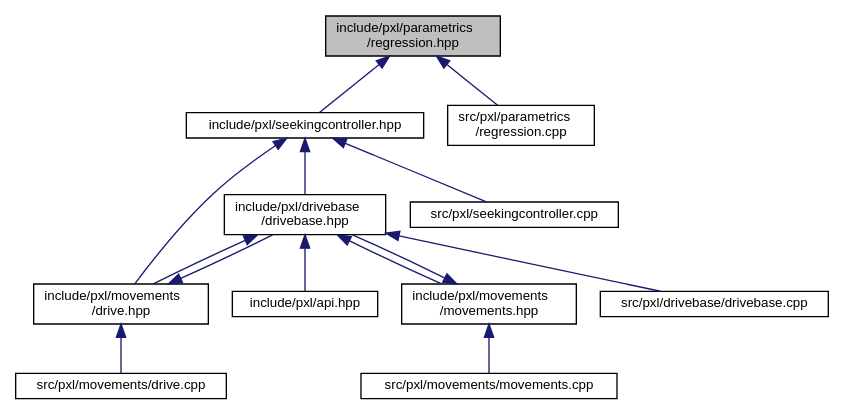
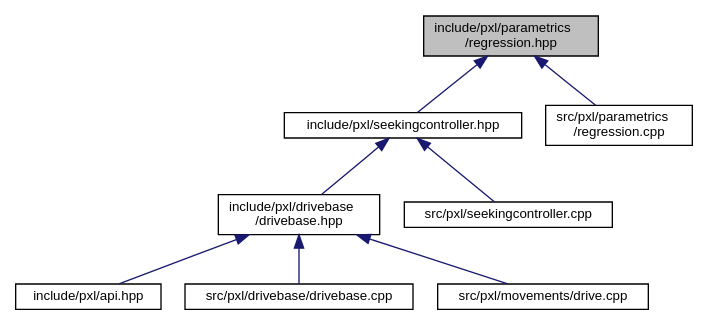
The diagram in regression_8hpp__dep__incl.dot (Pixel-Lib/Pixel), drawn with Graphviz before and after one commit. The commit also changed 176 other files, not shown here.

```diff
--- a/regression_8hpp__dep__incl.dot
+++ b/regression_8hpp__dep__incl.dot
@@ -1,30 +1,21 @@
 digraph "include/pxl/parametrics/regression.hpp"
 {
  // LATEX_PDF_SIZE
   edge [fontname="Helvetica",fontsize="10",labelfontname="Helvetica",labelfontsize="10"];
   node [fontname="Helvetica",fontsize="10",shape=record];
   Node1 [label="include/pxl/parametrics\l/regression.hpp",height=0.2,width=0.4,color="black", fillcolor="grey75", style="filled", fontcolor="black",tooltip=" "];
   Node1 -> Node2 [dir="back",color="midnightblue",fontsize="10",style="solid",fontname="Helvetica"];
   Node2 [label="include/pxl/seekingcontroller.hpp",height=0.2,width=0.4,color="black", fillcolor="white", style="filled",URL="$seekingcontroller_8hpp.html",tooltip=" "];
   Node2 -> Node3 [dir="back",color="midnightblue",fontsize="10",style="solid",fontname="Helvetica"];
   Node3 [label="include/pxl/drivebase\l/drivebase.hpp",height=0.2,width=0.4,color="black", fillcolor="white", style="filled",URL="$drivebase_8hpp.html",tooltip=" "];
   Node3 -> Node4 [dir="back",color="midnightblue",fontsize="10",style="solid",fontname="Helvetica"];
   Node4 [label="include/pxl/api.hpp",height=0.2,width=0.4,color="black", fillcolor="white", style="filled",URL="$api_8hpp.html",tooltip=" "];
   Node3 -> Node5 [dir="back",color="midnightblue",fontsize="10",style="solid",fontname="Helvetica"];
-  Node5 [label="include/pxl/movements\l/drive.hpp",height=0.2,width=0.4,color="black", fillcolor="white", style="filled",URL="$drive_8hpp.html",tooltip=" "];
-  Node5 -> Node3 [dir="back",color="midnightblue",fontsize="10",style="solid",fontname="Helvetica"];
-  Node5 -> Node6 [dir="back",color="midnightblue",fontsize="10",style="solid",fontname="Helvetica"];
+  Node5 [label="src/pxl/drivebase/drivebase.cpp",height=0.2,width=0.4,color="black", fillcolor="white", style="filled",URL="$drivebase_8cpp.html",tooltip=" "];
+  Node3 -> Node6 [dir="back",color="midnightblue",fontsize="10",style="solid",fontname="Helvetica"];
   Node6 [label="src/pxl/movements/drive.cpp",height=0.2,width=0.4,color="black", fillcolor="white", style="filled",URL="$drive_8cpp.html",tooltip=" "];
-  Node3 -> Node7 [dir="back",color="midnightblue",fontsize="10",style="solid",fontname="Helvetica"];
-  Node7 [label="include/pxl/movements\l/movements.hpp",height=0.2,width=0.4,color="black", fillcolor="white", style="filled",URL="$movements_8hpp.html",tooltip=" "];
-  Node7 -> Node3 [dir="back",color="midnightblue",fontsize="10",style="solid",fontname="Helvetica"];
-  Node7 -> Node8 [dir="back",color="midnightblue",fontsize="10",style="solid",fontname="Helvetica"];
-  Node8 [label="src/pxl/movements/movements.cpp",height=0.2,width=0.4,color="black", fillcolor="white", style="filled",URL="$movements_8cpp.html",tooltip=" "];
-  Node3 -> Node9 [dir="back",color="midnightblue",fontsize="10",style="solid",fontname="Helvetica"];
-  Node9 [label="src/pxl/drivebase/drivebase.cpp",height=0.2,width=0.4,color="black", fillcolor="white", style="filled",URL="$drivebase_8cpp.html",tooltip=" "];
-  Node2 -> Node5 [dir="back",color="midnightblue",fontsize="10",style="solid",fontname="Helvetica"];
-  Node2 -> Node10 [dir="back",color="midnightblue",fontsize="10",style="solid",fontname="Helvetica"];
-  Node10 [label="src/pxl/seekingcontroller.cpp",height=0.2,width=0.4,color="black", fillcolor="white", style="filled",URL="$seekingcontroller_8cpp.html",tooltip=" "];
-  Node1 -> Node11 [dir="back",color="midnightblue",fontsize="10",style="solid",fontname="Helvetica"];
-  Node11 [label="src/pxl/parametrics\l/regression.cpp",height=0.2,width=0.4,color="black", fillcolor="white", style="filled",URL="$regression_8cpp.html",tooltip=" "];
+  Node2 -> Node7 [dir="back",color="midnightblue",fontsize="10",style="solid",fontname="Helvetica"];
+  Node7 [label="src/pxl/seekingcontroller.cpp",height=0.2,width=0.4,color="black", fillcolor="white", style="filled",URL="$seekingcontroller_8cpp.html",tooltip=" "];
+  Node1 -> Node8 [dir="back",color="midnightblue",fontsize="10",style="solid",fontname="Helvetica"];
+  Node8 [label="src/pxl/parametrics\l/regression.cpp",height=0.2,width=0.4,color="black", fillcolor="white", style="filled",URL="$regression_8cpp.html",tooltip=" "];
 }
```
